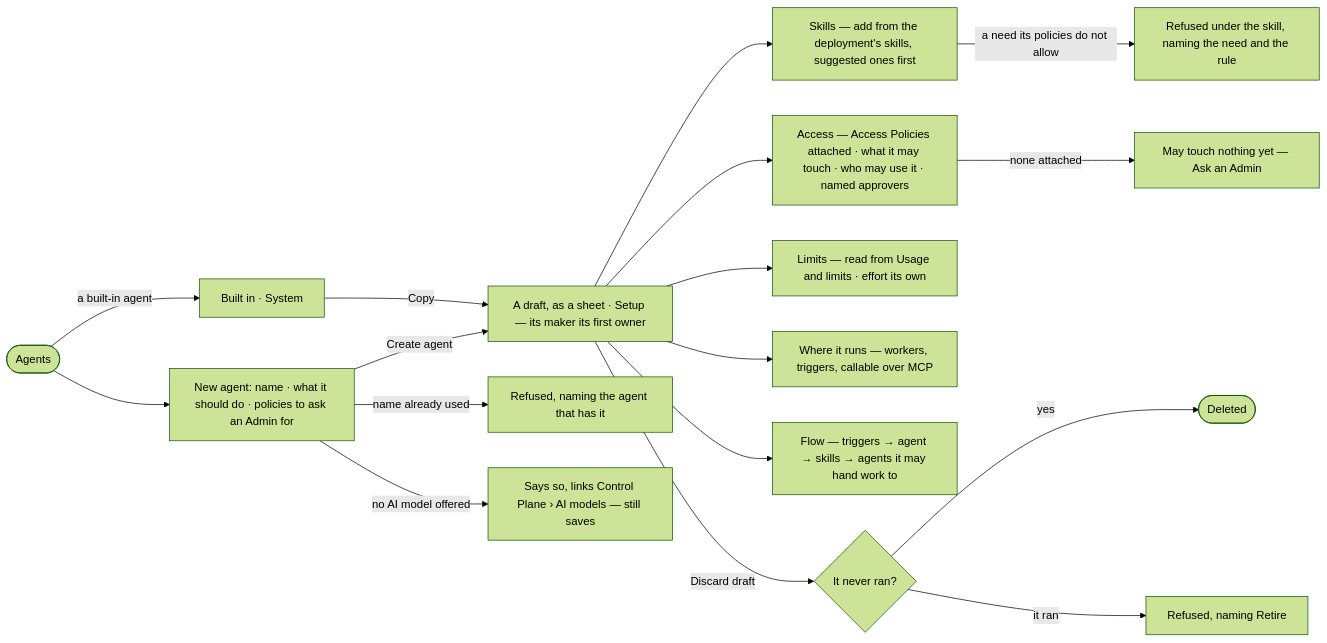
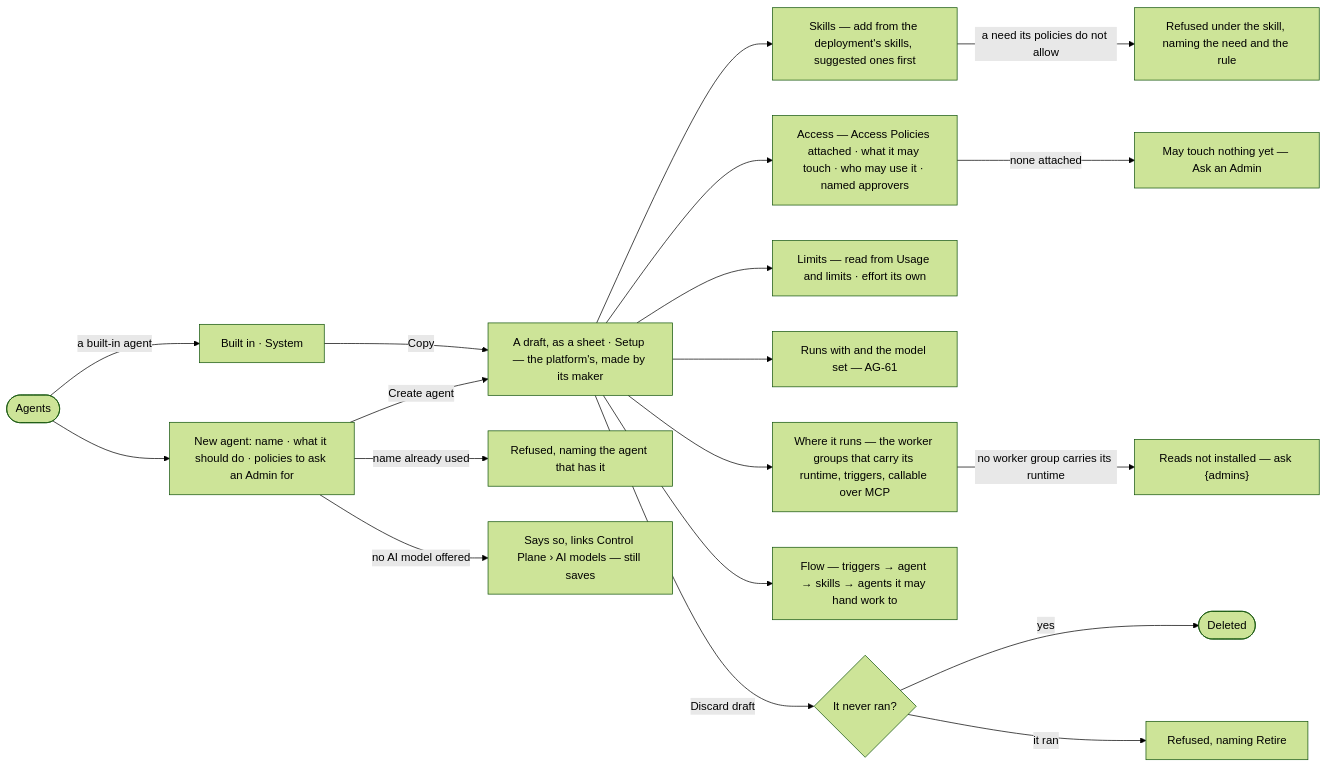
The diagram in specs/capabilities/agents/features/AG-F01-build-an-agent/stories/AG-21-draft-an-agent-and-see-what-it-will-do/story.md (invana/invana), drawn with Mermaid (forest theme) before and after one commit. The commit also changed other lines of this file and 300 other files, not shown here.

````diff
--- a/specs/capabilities/agents/features/AG-F01-build-an-agent/stories/AG-21-draft-an-agent-and-see-what-it-will-do/story.md
+++ b/specs/capabilities/agents/features/AG-F01-build-an-agent/stories/AG-21-draft-an-agent-and-see-what-it-will-do/story.md
@@ -28,18 +30,20 @@
 ```mermaid
 flowchart LR
   a([Agents]) --> n["New agent: name · what it should do · policies to ask an Admin for"]
   a -->|a built-in agent| bi["Built in · System"] -->|Copy| d
   n -->|name already used| x1["Refused, naming the agent that has it"]
   n -->|no AI model offered| x3["Says so, links Control Plane › AI models — still saves"]
-  n -->|Create agent| d["A draft, as a sheet · Setup — its maker its first owner"]
+  n -->|Create agent| d["A draft, as a sheet · Setup — the platform's, made by its maker"]
   d --> sk["Skills — add from the deployment's skills, suggested ones first"]
   sk -->|a need its policies do not allow| m["Refused under the skill, naming the need and the rule"]
   d --> acc["Access — Access Policies attached · what it may touch · who may use it · named approvers"]
   acc -->|none attached| na["May touch nothing yet — Ask an Admin"]
   d --> lim["Limits — read from Usage and limits · effort its own"]
-  d --> dep["Where it runs — workers, triggers, callable over MCP"]
+  d --> rw["Runs with and the model set — AG-61"]
+  d --> dep["Where it runs — the worker groups that carry its runtime, triggers, callable over MCP"]
+  dep -->|no worker group carries its runtime| dx["Reads not installed — ask {admins}"]
   d --> fl["Flow — triggers → agent → skills → agents it may hand work to"]
   d -->|Discard draft| dd{It never ran?}
   dd -->|yes| gone([Deleted])
   dd -->|it ran| ddx["Refused, naming Retire"]
 ```
````
